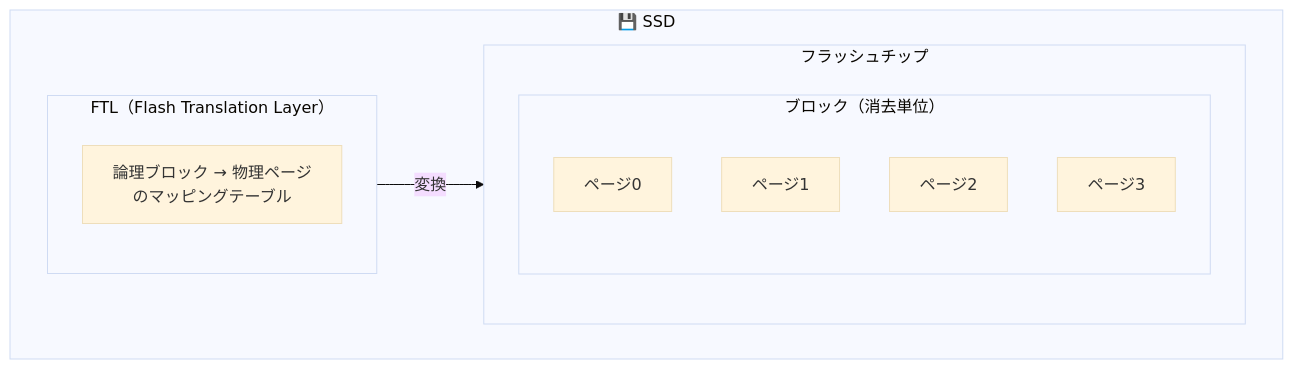
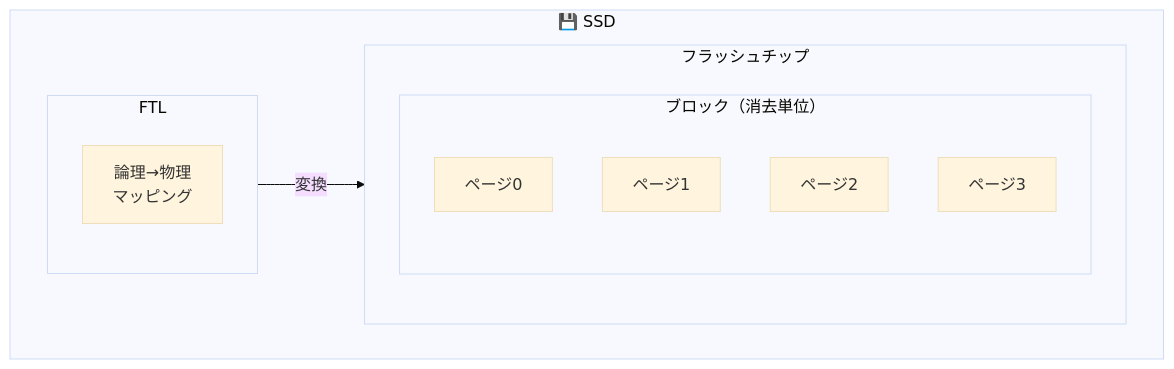
The second of 3 diagrams in three-easy-pieces-note/44.md (tonton-k37/study-notes), drawn with Mermaid (base theme) before and after one commit. The commit also changed other lines of this file and 33 other files, not shown here.

````diff
--- a/three-easy-pieces-note/44.md
+++ b/three-easy-pieces-note/44.md
@@ -46,18 +49,18 @@
 ```mermaid
 graph TD
     subgraph SSD["💾 SSD"]
-        subgraph FTL["FTL（Flash Translation Layer）"]
-            MAP["論理ブロック → 物理ページ<br/>のマッピングテーブル"]
+        subgraph FTL["FTL"]
+            MAP["論理→物理<br/>マッピング"]
         end
         subgraph CHIP["フラッシュチップ"]
             subgraph BLK["ブロック（消去単位）"]
                 PG0["ページ0"]
                 PG1["ページ1"]
                 PG2["ページ2"]
                 PG3["ページ3"]
             end
         end
     end
 
     FTL -->|"変換"| CHIP
 ```
````
